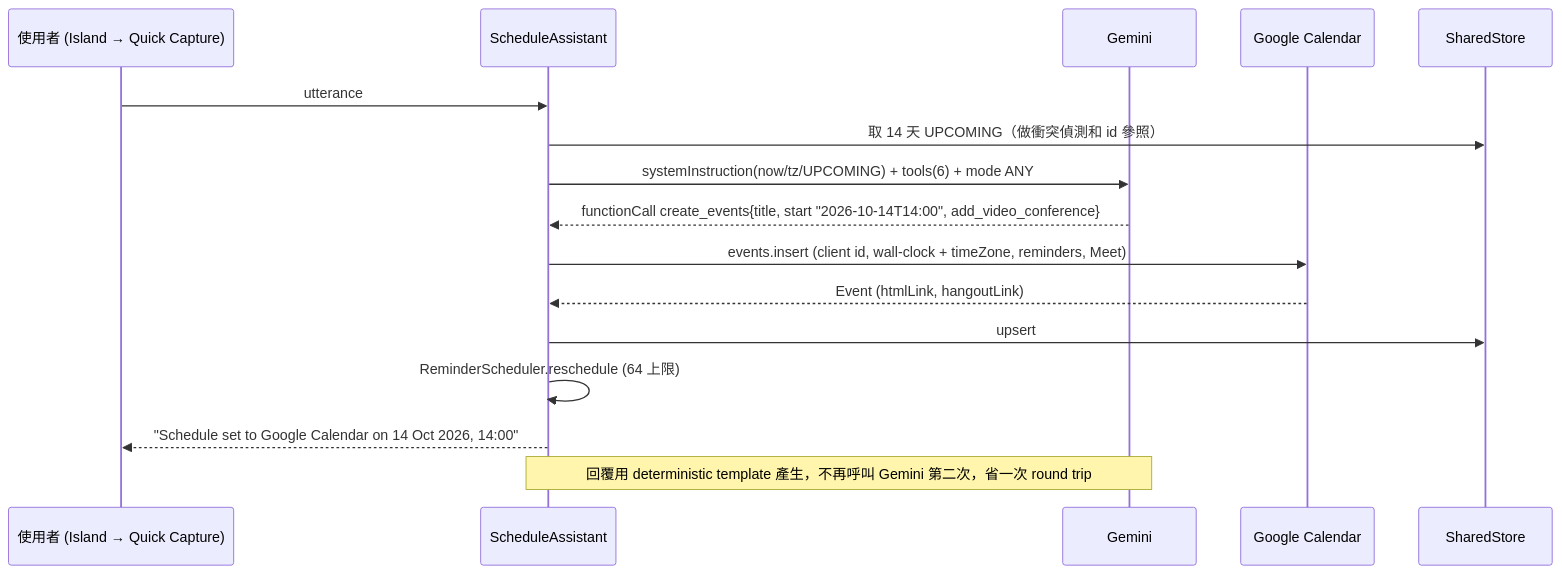
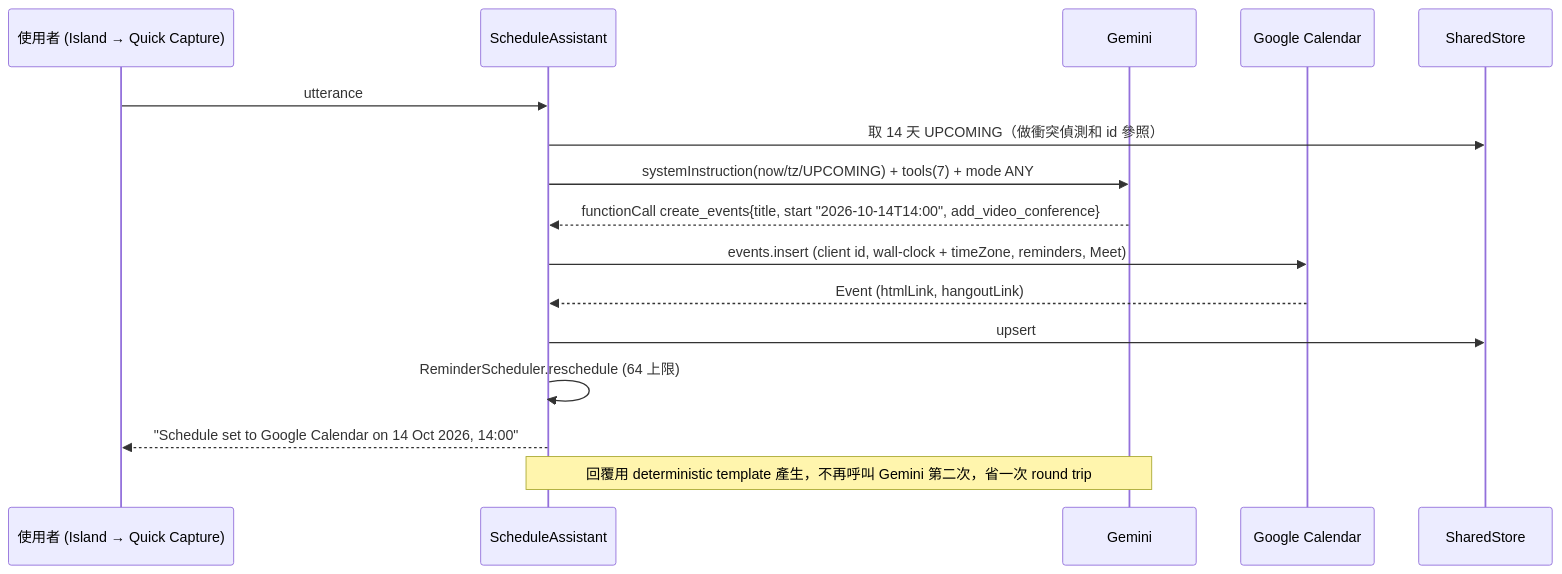
One commit to kennymaukwen-GIT/Smart-Schedule changed the second of 2 diagrams in docs/ARCHITECTURE.md. Above: the diagram before and after it, drawn with Mermaid. The commit also changed other lines of this file and 40 other files, not shown here.

````diff
--- a/docs/ARCHITECTURE.md
+++ b/docs/ARCHITECTURE.md
@@ -125,18 +125,18 @@
 ```mermaid
 sequenceDiagram
   participant U as 使用者 (Island → Quick Capture)
   participant A as ScheduleAssistant
   participant G as Gemini
   participant C as Google Calendar
   participant S as SharedStore
   U->>A: utterance
   A->>S: 取 14 天 UPCOMING（做衝突偵測和 id 參照）
-  A->>G: systemInstruction(now/tz/UPCOMING) + tools(6) + mode ANY
+  A->>G: systemInstruction(now/tz/UPCOMING) + tools(7) + mode ANY
   G-->>A: functionCall create_events{title, start "2026-10-14T14:00", add_video_conference}
   A->>C: events.insert (client id, wall-clock + timeZone, reminders, Meet)
   C-->>A: Event (htmlLink, hangoutLink)
   A->>S: upsert
   A->>A: ReminderScheduler.reschedule (64 上限)
   A-->>U: "Schedule set to Google Calendar on 14 Oct 2026, 14:00"
   Note over A,G: 回覆用 deterministic template 產生，不再呼叫 Gemini 第二次，省一次 round trip
 ```
````
